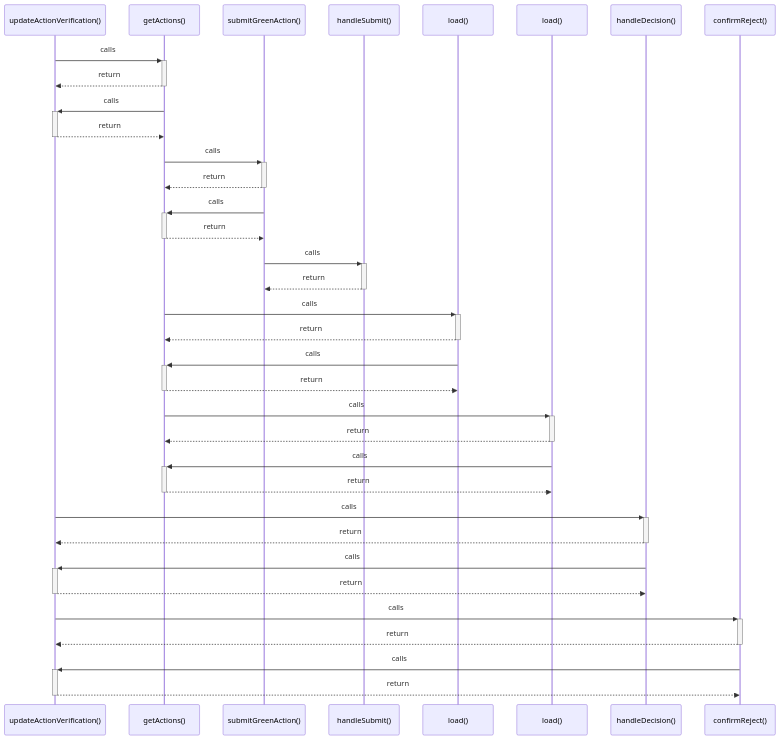
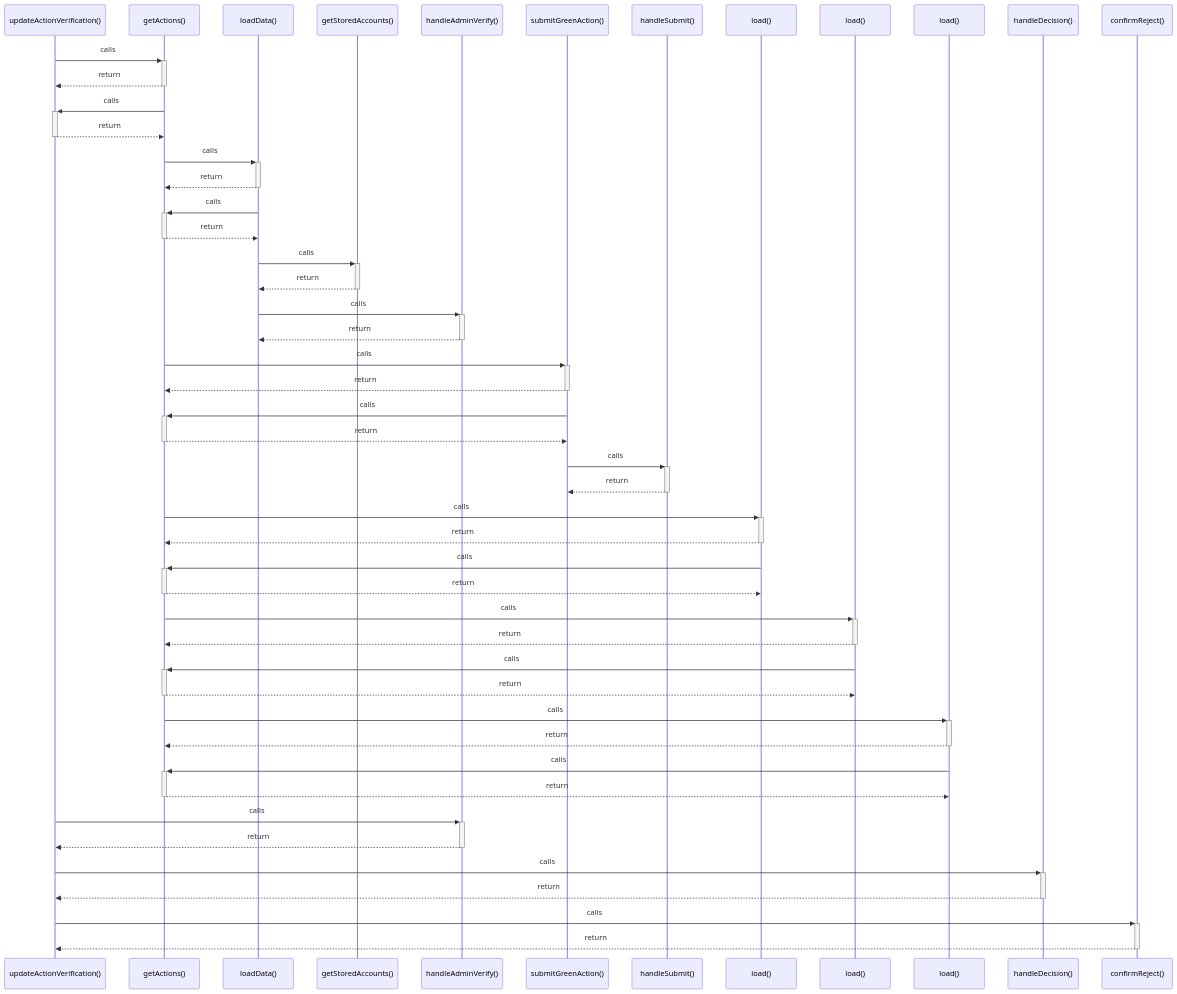
The diagram in graphify-out/wiki/updateActionVerification().md (FY72X9/i-can-app), drawn with Mermaid before and after one commit. The commit also changed other lines of this file and 35 other files, not shown here.

Commit message:
chore: generate project knowledge graph documentation and presentation materials

````diff
--- a/graphify-out/wiki/updateActionVerification().md
+++ b/graphify-out/wiki/updateActionVerification().md
@@ -7,37 +7,51 @@
 ```mermaid
 sequenceDiagram
     participant P0 as updateActionVerification()
     participant P1 as getActions()
-    participant P2 as submitGreenAction()
-    participant P3 as handleSubmit()
-    participant P4 as load()
-    participant P5 as load()
-    participant P6 as handleDecision()
-    participant P7 as confirmReject()
+    participant P2 as loadData()
+    participant P3 as getStoredAccounts()
+    participant P4 as handleAdminVerify()
+    participant P5 as submitGreenAction()
+    participant P6 as handleSubmit()
+    participant P7 as load()
+    participant P8 as load()
+    participant P9 as load()
+    participant P10 as handleDecision()
+    participant P11 as confirmReject()
     P0->>+ P1: calls
     P1-->>- P0: return
     P1->>+ P0: calls
     P0-->>- P1: return
     P1->>+ P2: calls
     P2-->>- P1: return
     P2->>+ P1: calls
     P1-->>- P2: return
     P2->>+ P3: calls
     P3-->>- P2: return
-    P1->>+ P4: calls
-    P4-->>- P1: return
-    P4->>+ P1: calls
-    P1-->>- P4: return
+    P2->>+ P4: calls
+    P4-->>- P2: return
     P1->>+ P5: calls
     P5-->>- P1: return
     P5->>+ P1: calls
     P1-->>- P5: return
-    P0->>+ P6: calls
-    P6-->>- P0: return
-    P6->>+ P0: calls
-    P0-->>- P6: return
-    P0->>+ P7: calls
-    P7-->>- P0: return
-    P7->>+ P0: calls
-    P0-->>- P7: return
+    P5->>+ P6: calls
+    P6-->>- P5: return
+    P1->>+ P7: calls
+    P7-->>- P1: return
+    P7->>+ P1: calls
+    P1-->>- P7: return
+    P1->>+ P8: calls
+    P8-->>- P1: return
+    P8->>+ P1: calls
+    P1-->>- P8: return
+    P1->>+ P9: calls
+    P9-->>- P1: return
+    P9->>+ P1: calls
+    P1-->>- P9: return
+    P0->>+ P4: calls
+    P4-->>- P0: return
+    P0->>+ P10: calls
+    P10-->>- P0: return
+    P0->>+ P11: calls
+    P11-->>- P0: return
 ```
````
